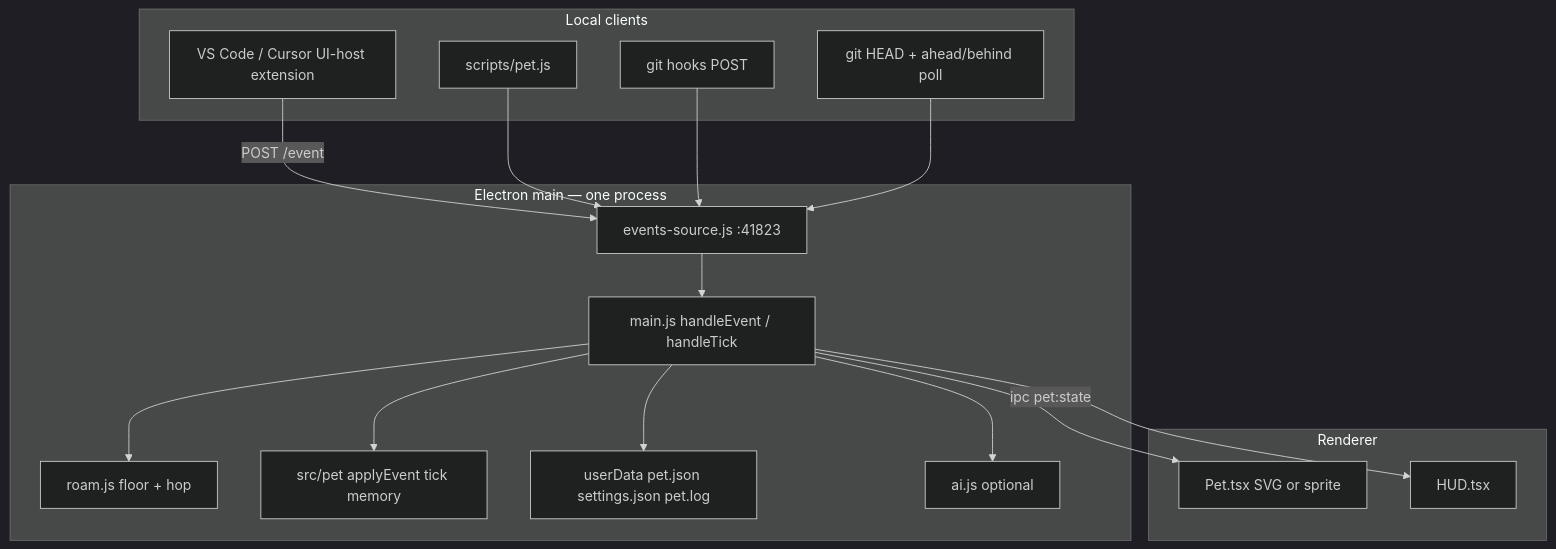
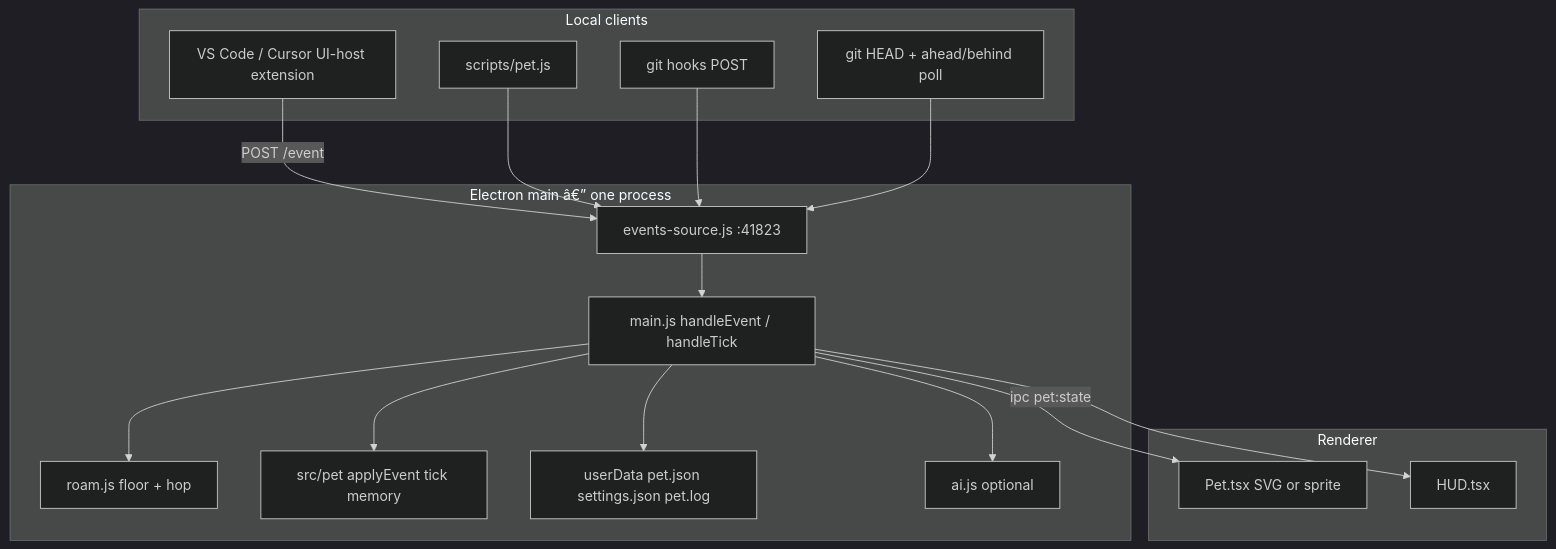
Before and after one commit to munyaimanuwel/desktop-pet: the fourth of 5 diagrams in docs/v2.md, drawn with Mermaid (dark theme). The commit also changed other lines of this file and 1 other file, not shown here.

````diff
--- a/docs/v2.md
+++ b/docs/v2.md
@@ -786,32 +786,32 @@
 ```mermaid
 flowchart TB
   subgraph clients ["Local clients"]
     Ext["VS Code / Cursor UI-host extension"]
     CLI["scripts/pet.js"]
     Hooks["git hooks POST"]
     Poll["git HEAD + ahead/behind poll"]
   end
-  subgraph electronMain ["Electron main — one process"]
+  subgraph electronMain ["Electron main â€” one process"]
     HTTP["events-source.js :41823"]
     Main["main.js handleEvent / handleTick"]
     Habitat["roam.js floor + hop"]
     Core["src/pet applyEvent tick memory"]
     Disk["userData pet.json settings.json pet.log"]
     XAI["ai.js optional"]
   end
   subgraph ui ["Renderer"]
     SVG["Pet.tsx SVG or sprite"]
     HUD2["HUD.tsx"]
   end
   Ext -->|POST /event| HTTP
   CLI --> HTTP
   Hooks --> HTTP
   Poll --> HTTP
   HTTP --> Main
   Main --> Core
   Main --> Habitat
   Main --> Disk
   Main --> XAI
   Main -->|ipc pet:state| SVG
   Main --> HUD2
 ```
````
